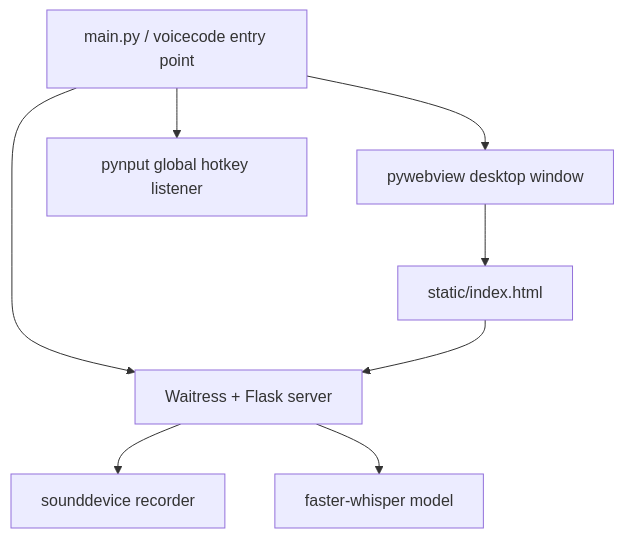
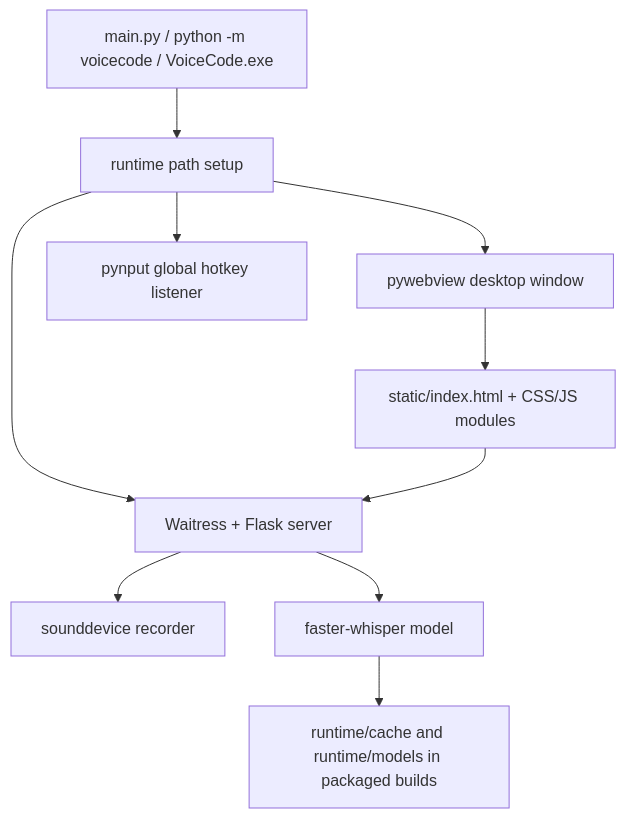
The first of 2 diagrams in docs/ARCHITECTURE.md (learnerbruse1/voicecode), drawn with Mermaid before and after one commit. The commit also changed other lines of this file and 16 other files, not shown here.

Commit message:
prepare VoiceCode 0.1.0 release

````diff
--- a/docs/ARCHITECTURE.md
+++ b/docs/ARCHITECTURE.md
@@ -5,10 +5,12 @@
 ```mermaid
 flowchart TD
-    A["main.py / voicecode entry point"] --> B["Waitress + Flask server"]
-    A --> C["pywebview desktop window"]
-    A --> D["pynput global hotkey listener"]
-    C --> E["static/index.html"]
+    A["main.py / python -m voicecode / VoiceCode.exe"] --> R["runtime path setup"]
+    R --> B["Waitress + Flask server"]
+    R --> C["pywebview desktop window"]
+    R --> D["pynput global hotkey listener"]
+    C --> E["static/index.html + CSS/JS modules"]
     E --> B
     B --> F["sounddevice recorder"]
     B --> G["faster-whisper model"]
+    G --> H["runtime/cache and runtime/models in packaged builds"]
 ```
````
